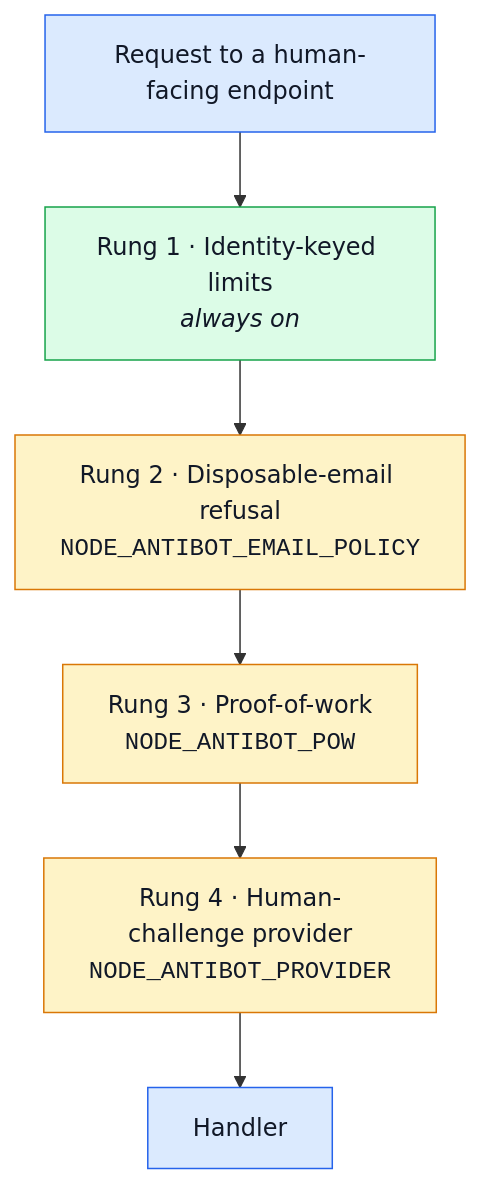
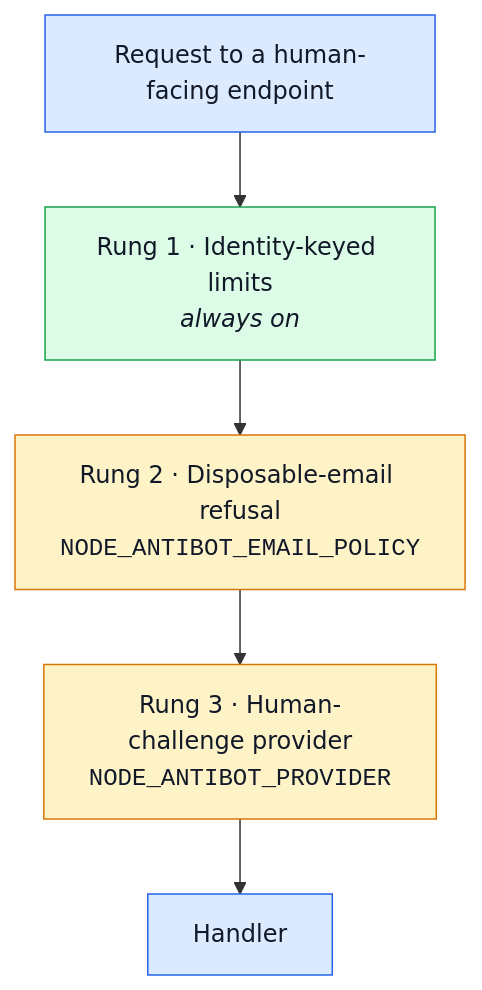
Before and after one commit to Guebbit/boilerplate-node-backend: the second of 2 diagrams in docs/theory/web-attack-defences.md, drawn with Mermaid. The commit also changed other lines of this file and 46 other files, not shown here.

First line of the commit message:
feat(antibot): refuse disposable inboxes, and gate humans behind a provider port

````diff
--- a/docs/theory/web-attack-defences.md
+++ b/docs/theory/web-attack-defences.md
@@ -326,16 +326,15 @@
 ```mermaid
 flowchart TB
     R["Request to a human-facing endpoint"] --> A
     A["Rung 1 · Identity-keyed limits<br/><i>always on</i>"] --> B
     B["Rung 2 · Disposable-email refusal<br/><code>NODE_ANTIBOT_EMAIL_POLICY</code>"] --> C
-    C["Rung 3 · Proof-of-work<br/><code>NODE_ANTIBOT_POW</code>"] --> D
-    D["Rung 4 · Human-challenge provider<br/><code>NODE_ANTIBOT_PROVIDER</code>"] --> H
+    C["Rung 3 · Human-challenge provider<br/><code>NODE_ANTIBOT_PROVIDER</code>"] --> H
     H["Handler"]
 
     classDef on fill:#dcfce7,stroke:#16a34a,color:#111827;
     classDef off fill:#fef3c7,stroke:#d97706,color:#111827;
     classDef sink fill:#dbeafe,stroke:#2563eb,color:#111827;
     class A on;
-    class B,C,D off;
+    class B,C off;
     class R,H sink;
 ```
````
